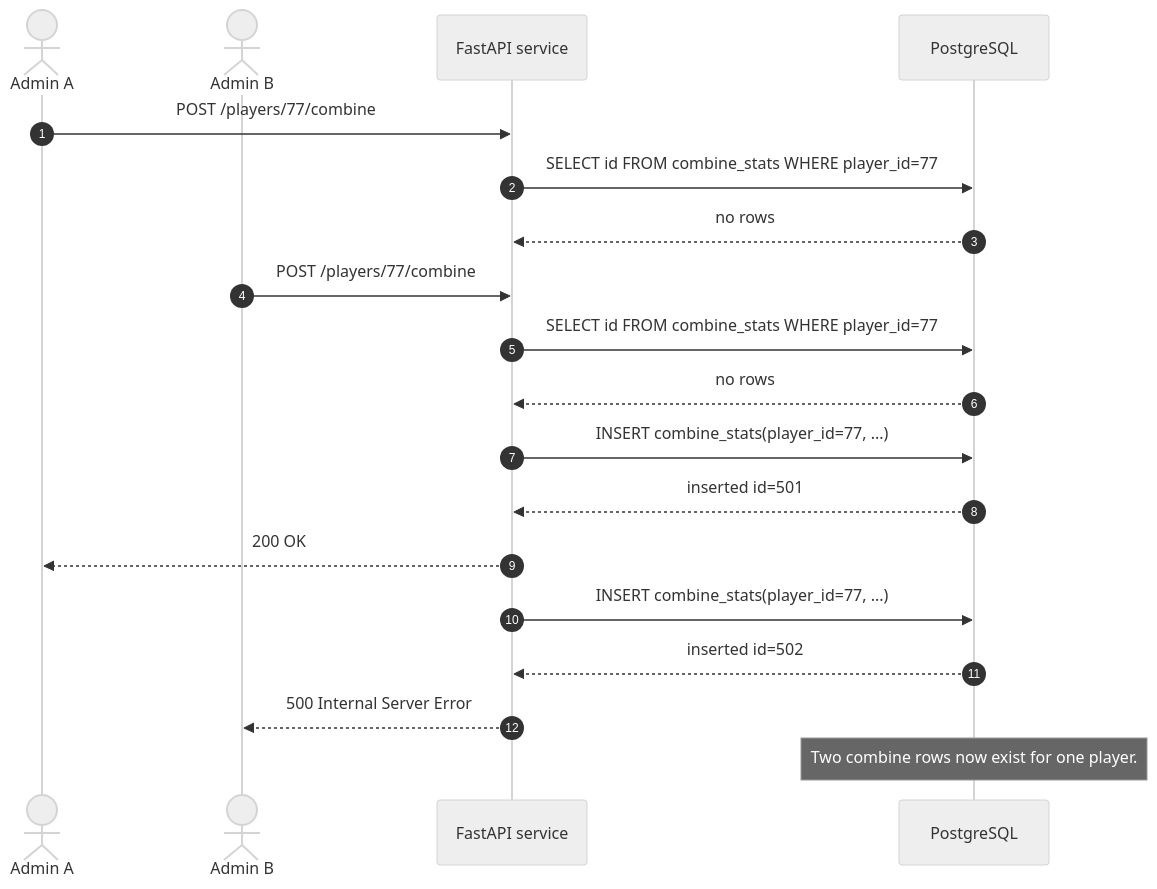
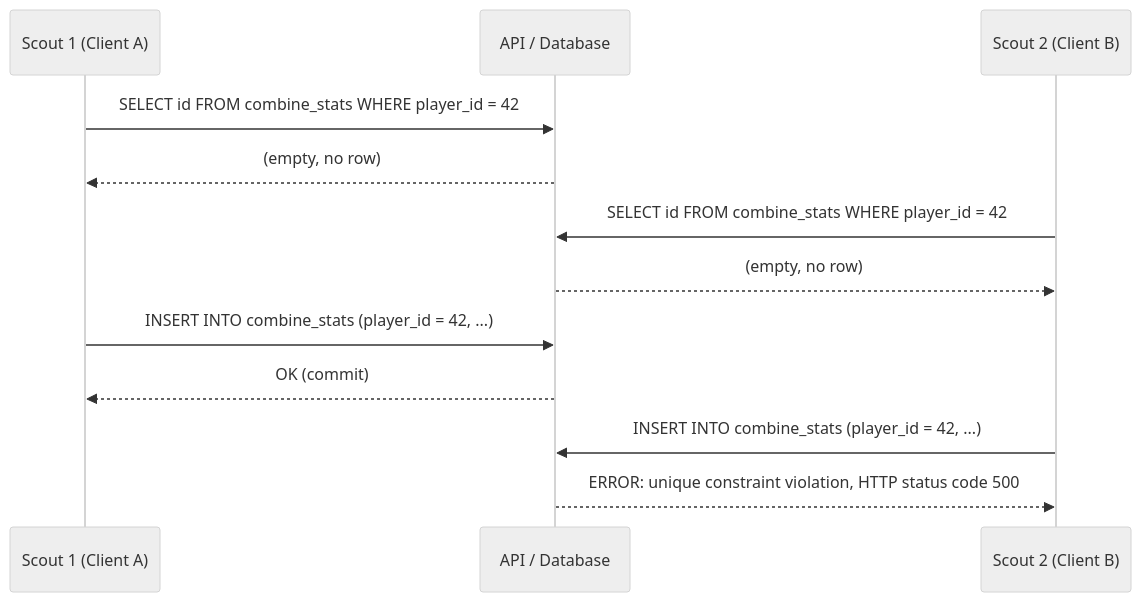
One commit to TrinabhP/NFL_Player_Stats changed the first of 2 diagrams in concurrency.md. Above: the diagram before and after it, drawn with Mermaid (neutral theme). The commit also changed other lines of this file, not shown here.

Commit message:
Add third concurremcy issue and edit second one

````diff
--- a/concurrency.md
+++ b/concurrency.md
@@ -149,26 +123,15 @@
 ```mermaid
 sequenceDiagram
-    autonumber
-    actor AdminA as Admin A
-    actor AdminB as Admin B
-    participant API as FastAPI service
-    participant DB as PostgreSQL
+    participant S1 as Scout 1 (Client A)
+    participant DB as API / Database
+    participant S2 as Scout 2 (Client B)
 
-    AdminA->>API: POST /players/77/combine
-    API->>DB: SELECT id FROM combine_stats WHERE player_id=77
-    DB-->>API: no rows
-
-    AdminB->>API: POST /players/77/combine
-    API->>DB: SELECT id FROM combine_stats WHERE player_id=77
-    DB-->>API: no rows
-
-    API->>DB: INSERT combine_stats(player_id=77, ...)
-    DB-->>API: inserted id=501
-    API-->>AdminA: 200 OK
-
-    API->>DB: INSERT combine_stats(player_id=77, ...)
-    DB-->>API: inserted id=502
-    API-->>AdminB: 500 Internal Server Error
-
-    Note over DB: Two combine rows now exist for one player.
+    S1->>DB: SELECT id FROM combine_stats WHERE player_id = 42
+    DB-->>S1: (empty, no row)
+    S2->>DB: SELECT id FROM combine_stats WHERE player_id = 42
+    DB-->>S2: (empty, no row)
+    S1->>DB: INSERT INTO combine_stats (player_id = 42, ...)
+    DB-->>S1: OK (commit)
+    S2->>DB: INSERT INTO combine_stats (player_id = 42, ...)
+    DB-->>S2: ERROR: unique constraint violation, HTTP status code 500
 ```
````
